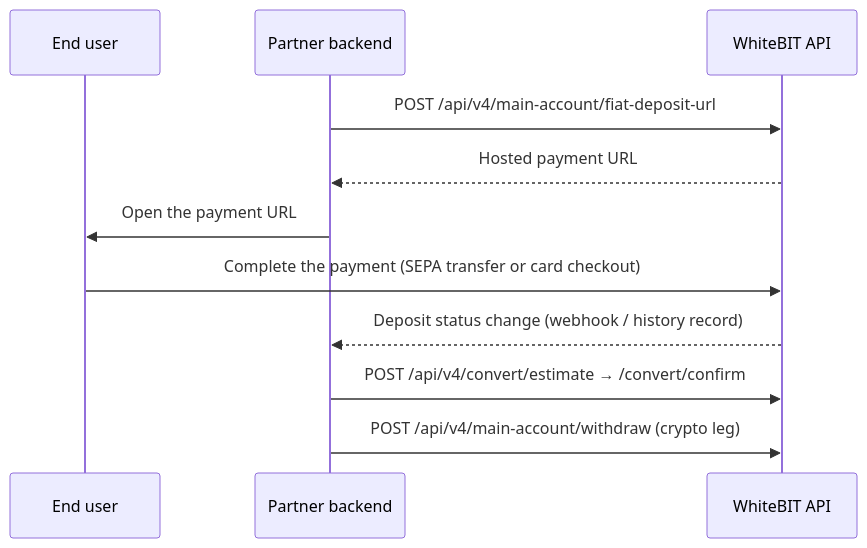
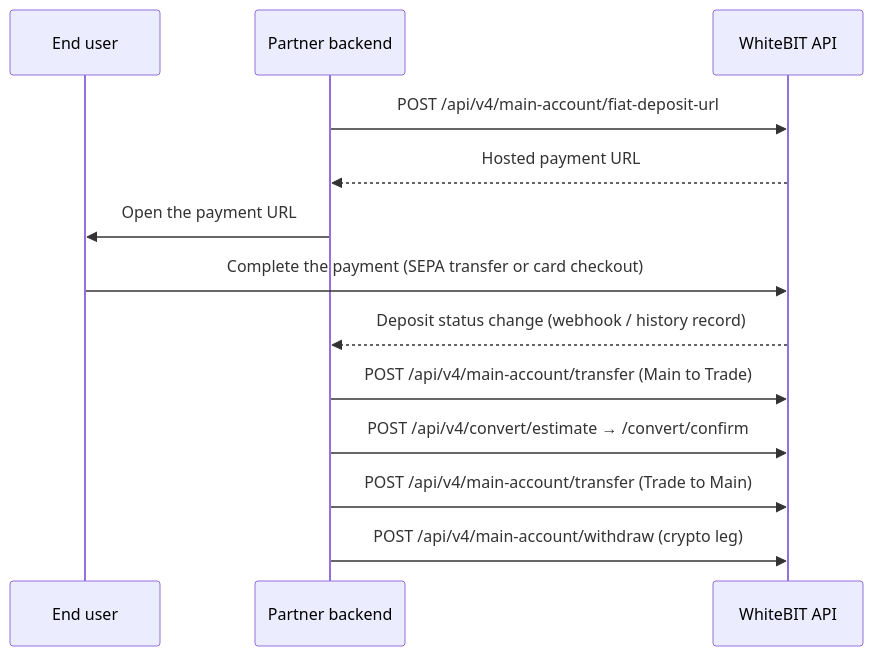
One commit to whitebit-exchange/docs changed the first of 2 diagrams in guides/on-off-ramp-integration.mdx. Above: the diagram before and after it, drawn with Mermaid. The commit also changed other lines of this file and 15 other files, not shown here.

Commit message:
fix(api): convert through the trade balance and document retry outcomes

````diff
--- a/guides/on-off-ramp-integration.mdx
+++ b/guides/on-off-ramp-integration.mdx
@@ -32,13 +32,15 @@
 ```mermaid
 sequenceDiagram
     participant User as End user
     participant Partner as Partner backend
     participant WhiteBIT as WhiteBIT API
     Partner->>WhiteBIT: POST /api/v4/main-account/fiat-deposit-url
     WhiteBIT-->>Partner: Hosted payment URL
     Partner->>User: Open the payment URL
     User->>WhiteBIT: Complete the payment (SEPA transfer or card checkout)
     WhiteBIT-->>Partner: Deposit status change (webhook / history record)
+    Partner->>WhiteBIT: POST /api/v4/main-account/transfer (Main to Trade)
     Partner->>WhiteBIT: POST /api/v4/convert/estimate → /convert/confirm
+    Partner->>WhiteBIT: POST /api/v4/main-account/transfer (Trade to Main)
     Partner->>WhiteBIT: POST /api/v4/main-account/withdraw (crypto leg)
 ```
````
